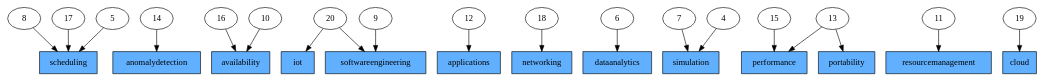
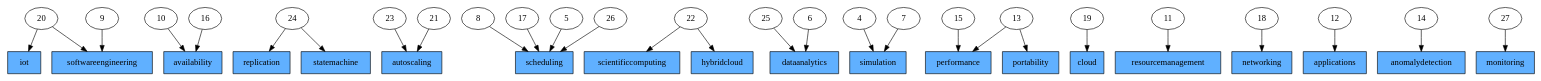
One commit to serviceprototypinglab/kubernetes-literature-dataset changed the diagram in graphs/sldgraph-fields.dot. Above: the diagram before and after it, drawn with Graphviz. The commit also changed 22 other files, not shown here.

```diff
--- a/graphs/sldgraph-fields.dot
+++ b/graphs/sldgraph-fields.dot
@@ -1,52 +1,74 @@
 digraph sldgraph {
 overlap=false;
-_S98073 -> _S39350;
-_S57800 -> _S39587;
-_S51567 -> _S62942;
-_S90375 -> _S39350;
-_S62029 -> _S39456;
-_S62029 -> _S29798;
-_S16988 -> _S29798;
-_S27081 -> _S37391;
-_S18866 -> _S48688;
-_S81584 -> _S27788;
-_S48566 -> _S45616;
-_S47058 -> _S27577;
-_S47058 -> _S96090;
-_S50374 -> _S80479;
-_S41369 -> _S70453;
-_S50403 -> _S39350;
-_S60187 -> _S45616;
-_S90264 -> _S27577;
-_S54446 -> _S62942;
-_S60187 [label="4"];
-_S29798 [label="softwareengineering",shape=box,style=filled,fillcolor="#60b0ff"];
-_S62029 [label="20"];
-_S50403 [label="5"];
-_S62942 [label="availability",shape=box,style=filled,fillcolor="#60b0ff"];
-_S54446 [label="10"];
-_S27081 [label="12"];
-_S90375 [label="17"];
-_S70453 [label="cloud",shape=box,style=filled,fillcolor="#60b0ff"];
-_S98073 [label="8"];
-_S27788 [label="dataanalytics",shape=box,style=filled,fillcolor="#60b0ff"];
-_S96090 [label="portability",shape=box,style=filled,fillcolor="#60b0ff"];
-_S27577 [label="performance",shape=box,style=filled,fillcolor="#60b0ff"];
-_S48688 [label="networking",shape=box,style=filled,fillcolor="#60b0ff"];
-_S45616 [label="simulation",shape=box,style=filled,fillcolor="#60b0ff"];
-_S18866 [label="18"];
-_S39587 [label="anomalydetection",shape=box,style=filled,fillcolor="#60b0ff"];
-_S41369 [label="19"];
-_S50374 [label="11"];
-_S16988 [label="9"];
-_S39350 [label="scheduling",shape=box,style=filled,fillcolor="#60b0ff"];
-_S48566 [label="7"];
-_S51567 [label="16"];
-_S39456 [label="iot",shape=box,style=filled,fillcolor="#60b0ff"];
-_S47058 [label="13"];
-_S57800 [label="14"];
-_S37391 [label="applications",shape=box,style=filled,fillcolor="#60b0ff"];
-_S81584 [label="6"];
-_S80479 [label="resourcemanagement",shape=box,style=filled,fillcolor="#60b0ff"];
-_S90264 [label="15"];
+_S41202 -> _S62700;
+_S41202 -> _S62610;
+_S93957 -> _S51019;
+_S91906 -> _S73430;
+_S91906 -> _S49846;
+_S17824 -> _S49920;
+_S30014 -> _S51019;
+_S87733 -> _S46779;
+_S83028 -> _S45881;
+_S83028 -> _S15752;
+_S63183 -> _S47128;
+_S17639 -> _S46802;
+_S17065 -> _S19334;
+_S17065 -> _S30004;
+_S43643 -> _S46779;
+_S25418 -> _S46779;
+_S86062 -> _S86990;
+_S46234 -> _S19334;
+_S40724 -> _S57903;
+_S23437 -> _S25372;
+_S21630 -> _S46802;
+_S91994 -> _S62610;
+_S76431 -> _S46779;
+_S23373 -> _S80270;
+_S86707 -> _S17847;
+_S21357 -> _S49920;
+_S81271 -> _S65228;
+_S93544 -> _S47128;
+_S19334 [label="performance",shape=box,style=filled,fillcolor="#60b0ff"];
+_S46802 [label="simulation",shape=box,style=filled,fillcolor="#60b0ff"];
+_S30014 [label="16"];
+_S86062 [label="19"];
+_S49846 [label="statemachine",shape=box,style=filled,fillcolor="#60b0ff"];
+_S87733 [label="8"];
+_S51019 [label="availability",shape=box,style=filled,fillcolor="#60b0ff"];
+_S15752 [label="hybridcloud",shape=box,style=filled,fillcolor="#60b0ff"];
+_S62610 [label="softwareengineering",shape=box,style=filled,fillcolor="#60b0ff"];
+_S46234 [label="15"];
+_S23373 [label="12"];
+_S76431 [label="26"];
+_S17639 [label="4"];
+_S25418 [label="5"];
+_S49920 [label="autoscaling",shape=box,style=filled,fillcolor="#60b0ff"];
+_S86990 [label="cloud",shape=box,style=filled,fillcolor="#60b0ff"];
+_S21630 [label="7"];
+_S41202 [label="20"];
+_S83028 [label="22"];
+_S91994 [label="9"];
+_S43643 [label="17"];
+_S93957 [label="10"];
+_S47128 [label="dataanalytics",shape=box,style=filled,fillcolor="#60b0ff"];
+_S91906 [label="24"];
+_S45881 [label="scientificcomputing",shape=box,style=filled,fillcolor="#60b0ff"];
+_S17065 [label="13"];
+_S63183 [label="25"];
+_S40724 [label="11"];
+_S65228 [label="monitoring",shape=box,style=filled,fillcolor="#60b0ff"];
+_S93544 [label="6"];
+_S25372 [label="networking",shape=box,style=filled,fillcolor="#60b0ff"];
+_S17847 [label="anomalydetection",shape=box,style=filled,fillcolor="#60b0ff"];
+_S17824 [label="23"];
+_S62700 [label="iot",shape=box,style=filled,fillcolor="#60b0ff"];
+_S57903 [label="resourcemanagement",shape=box,style=filled,fillcolor="#60b0ff"];
+_S80270 [label="applications",shape=box,style=filled,fillcolor="#60b0ff"];
+_S23437 [label="18"];
+_S86707 [label="14"];
+_S73430 [label="replication",shape=box,style=filled,fillcolor="#60b0ff"];
+_S30004 [label="portability",shape=box,style=filled,fillcolor="#60b0ff"];
+_S81271 [label="27"];
+_S46779 [label="scheduling",shape=box,style=filled,fillcolor="#60b0ff"];
+_S21357 [label="21"];
 }
```
